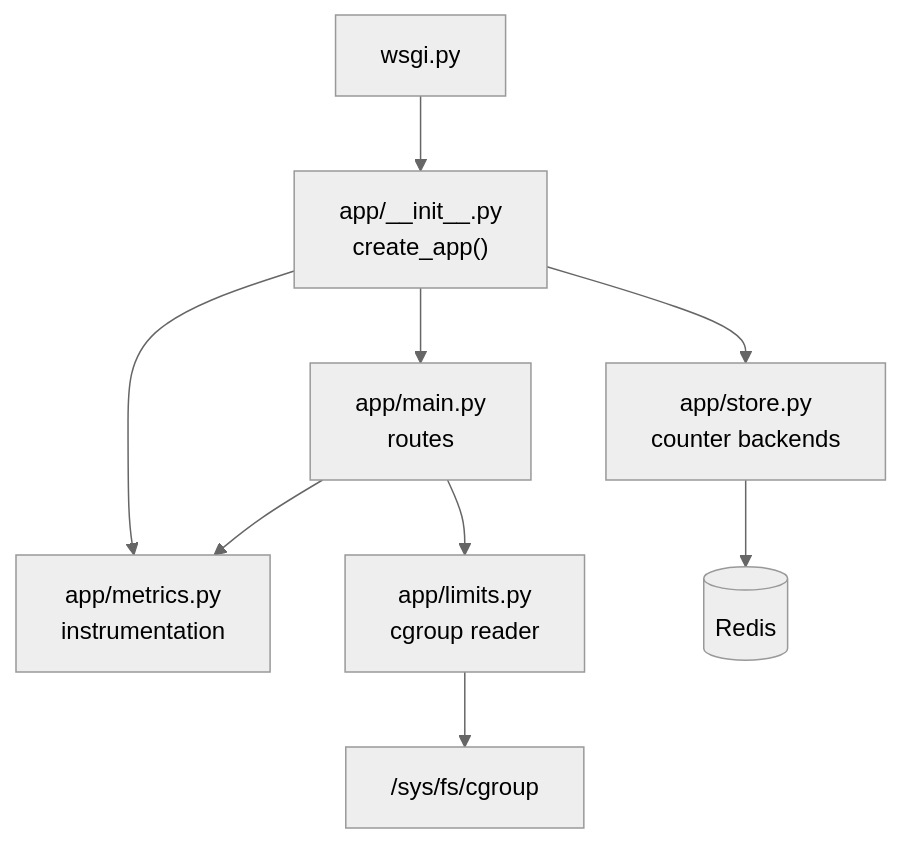
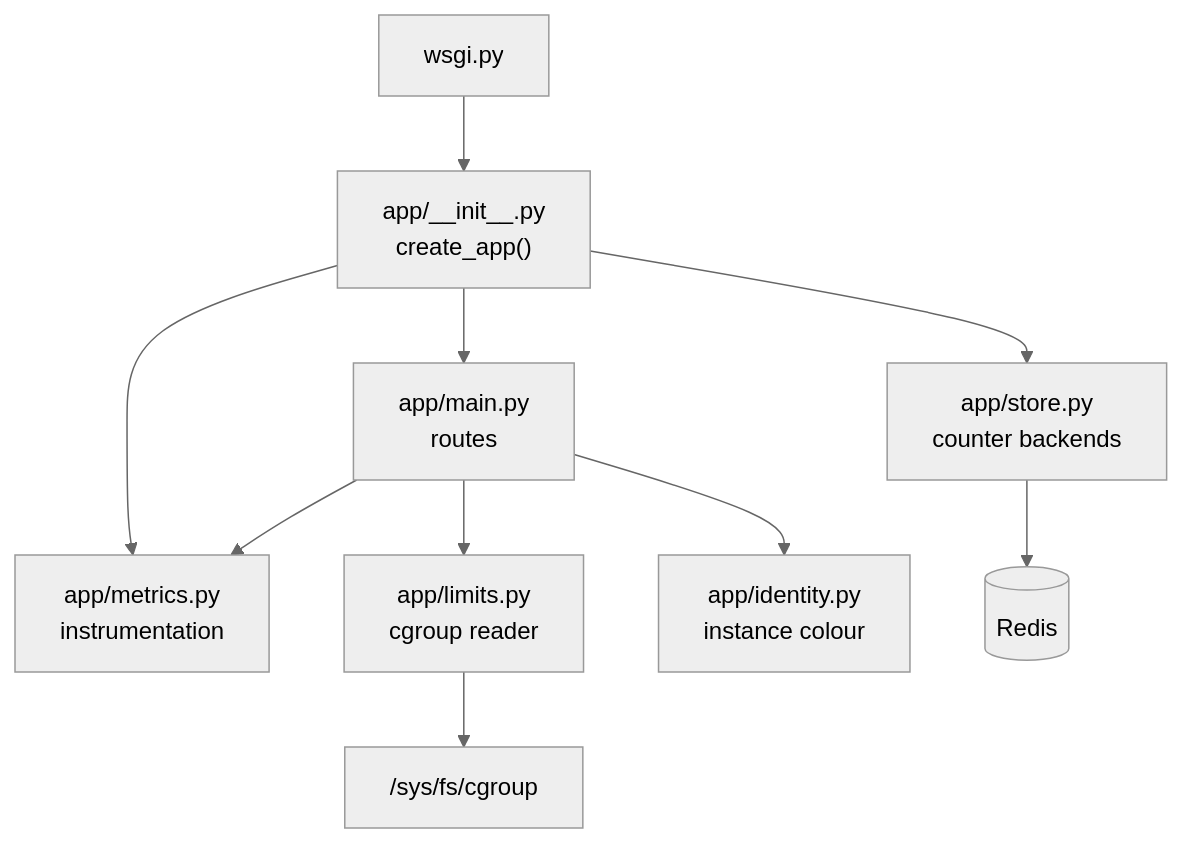
Before and after one commit to GeorgeLukaanya/where-am-I--running: the first of 3 diagrams in docs/system-design.md, drawn with Mermaid (neutral theme). The commit also changed other lines of this file and 4 other files, not shown here.

````diff
--- a/docs/system-design.md
+++ b/docs/system-design.md
@@ -37,11 +38,12 @@
 ```mermaid
 graph TD
     wsgi[wsgi.py] --> factory["app/__init__.py<br/>create_app()"]
     factory --> store["app/store.py<br/>counter backends"]
     factory --> metrics["app/metrics.py<br/>instrumentation"]
     factory --> main["app/main.py<br/>routes"]
     main --> limits["app/limits.py<br/>cgroup reader"]
+    main --> identity["app/identity.py<br/>instance colour"]
     main --> metrics
     store --> redis[(Redis)]
     limits --> cgroup["/sys/fs/cgroup"]
 ```
````
